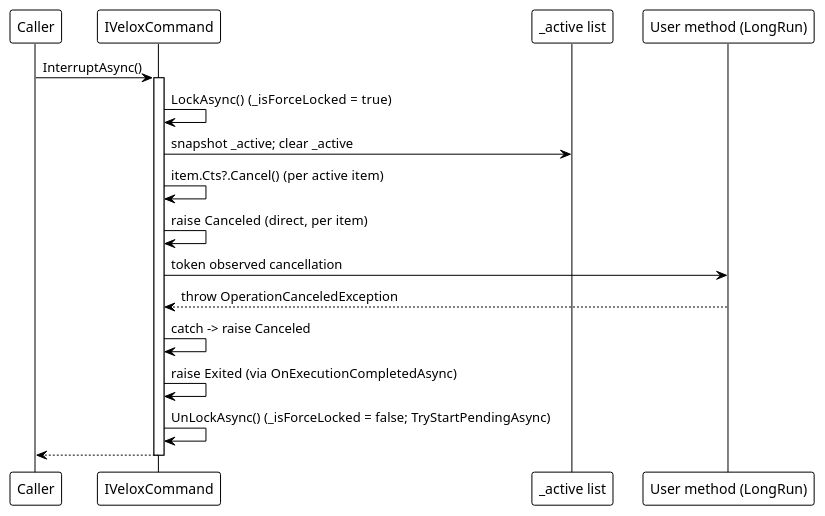
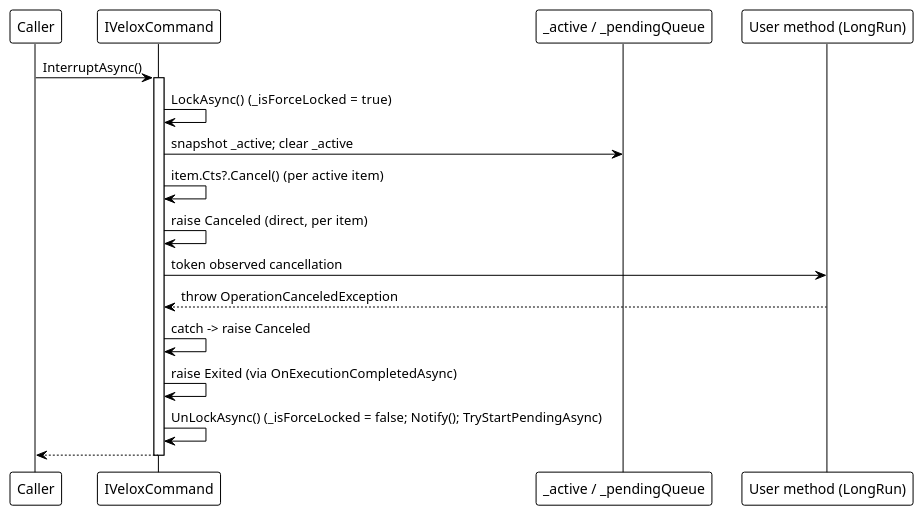
Before and after one commit to Axvser/VeloxDev.Docs: the fifth of 6 diagrams in src/CloudGlyph/Assets/Docs/content/en/3_SE_Analysis/03_data-flow/02_mvvm/index.md, drawn with PlantUML. The commit also changed other lines of this file and 443 other files, not shown here.

````diff
--- a/src/CloudGlyph/Assets/Docs/content/en/3_SE_Analysis/03_data-flow/02_mvvm/index.md
+++ b/src/CloudGlyph/Assets/Docs/content/en/3_SE_Analysis/03_data-flow/02_mvvm/index.md
@@ -100,24 +165,24 @@
 ```plantuml
 @startuml
 !theme plain
 
 participant "Caller" as Caller
 participant "IVeloxCommand" as Cmd
-participant "_active list" as Active
+participant "_active / _pendingQueue" as Active
 participant "User method (LongRun)" as Method
 
 Caller -> Cmd: InterruptAsync()
 activate Cmd
 Cmd -> Cmd: LockAsync()   (_isForceLocked = true)
 Cmd -> Active: snapshot _active; clear _active
 Cmd -> Cmd: item.Cts?.Cancel()  (per active item)
 Cmd -> Cmd: raise Canceled  (direct, per item)
 Cmd -> Method: token observed cancellation
 Method --> Cmd: throw OperationCanceledException
 Cmd -> Cmd: catch -> raise Canceled
 Cmd -> Cmd: raise Exited  (via OnExecutionCompletedAsync)
-Cmd -> Cmd: UnLockAsync()  (_isForceLocked = false; TryStartPendingAsync)
+Cmd -> Cmd: UnLockAsync()  (_isForceLocked = false; Notify(); TryStartPendingAsync)
 Cmd --> Caller
 deactivate Cmd
 @enduml
 ```
````
